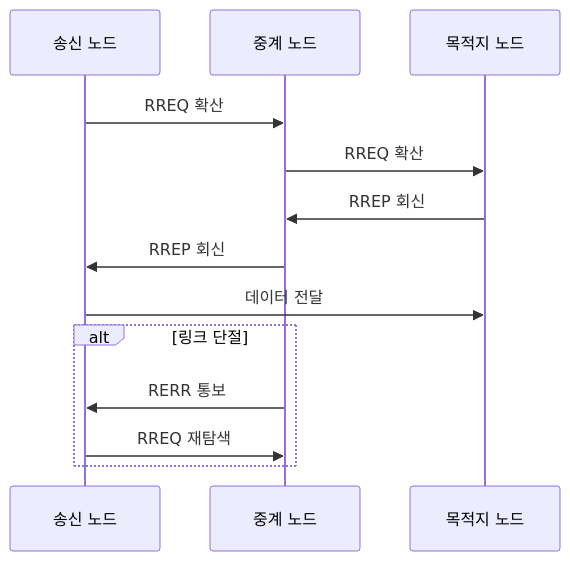
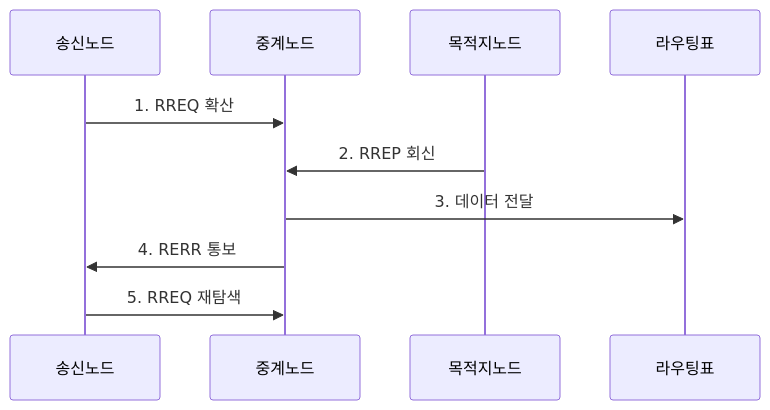
The second of 2 diagrams in src/content/docs/notes/04-network/053_ad_hoc_aodv.md (agnusdei1207/knowledge-base), drawn with Mermaid before and after one commit. The commit also changed other lines of this file and 20 other files, not shown here.

````diff
--- a/src/content/docs/notes/04-network/053_ad_hoc_aodv.md
+++ b/src/content/docs/notes/04-network/053_ad_hoc_aodv.md
@@ -87,15 +82,12 @@
 ```mermaid
 sequenceDiagram
-    participant S as 송신 노드
-    participant I as 중계 노드
-    participant D as 목적지 노드
-    S->>I: RREQ 확산
-    I->>D: RREQ 확산
-    D->>I: RREP 회신
-    I->>S: RREP 회신
-    S->>D: 데이터 전달
-    alt 링크 단절
-        I->>S: RERR 통보
-        S->>I: RREQ 재탐색
-    end
+    participant 송신노드
+    participant 중계노드
+    participant 목적지노드
+    participant 라우팅표
+    송신노드->>중계노드: 1. RREQ 확산
+    목적지노드->>중계노드: 2. RREP 회신
+    중계노드->>라우팅표: 3. 데이터 전달
+    중계노드->>송신노드: 4. RERR 통보
+    송신노드->>중계노드: 5. RREQ 재탐색
 ```
````
